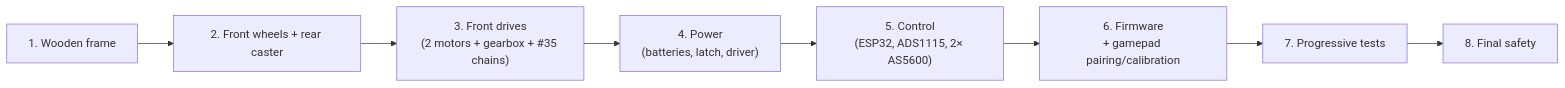
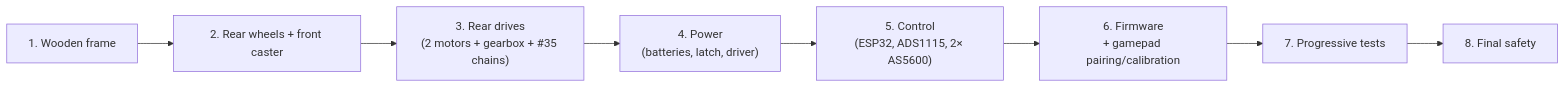
The ninth of 9 diagrams in README.md (pinkymaxou/powered-soapbox-car), drawn with Mermaid before and after one commit. The commit also changed other lines of this file and 9 other files, not shown here.

First line of the commit message:
The caster goes to the front, then the bench steps off the axle

````diff
--- a/README.md
+++ b/README.md
@@ -804,7 +805,7 @@
 ```mermaid
 flowchart LR
-    P1["1. Wooden frame"] --> P2["2. Front wheels + rear caster"] --> P3["3. Front drives<br/>(2 motors + gearbox + #35 chains)"]
+    P1["1. Wooden frame"] --> P2["2. Rear wheels + front caster"] --> P3["3. Rear drives<br/>(2 motors + gearbox + #35 chains)"]
     P3 --> P5["4. Power<br/>(batteries, latch, driver)"]
     P5 --> P6["5. Control<br/>(ESP32, ADS1115, 2× AS5600)"] --> P7["6. Firmware<br/>+ gamepad pairing/calibration"]
     P7 --> P8["7. Progressive tests"] --> P9["8. Final safety"]
 ```
````
